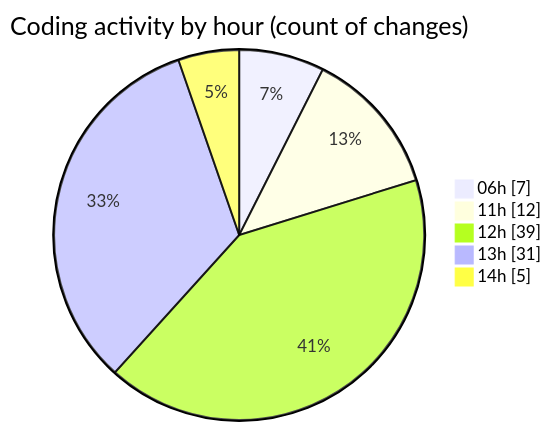
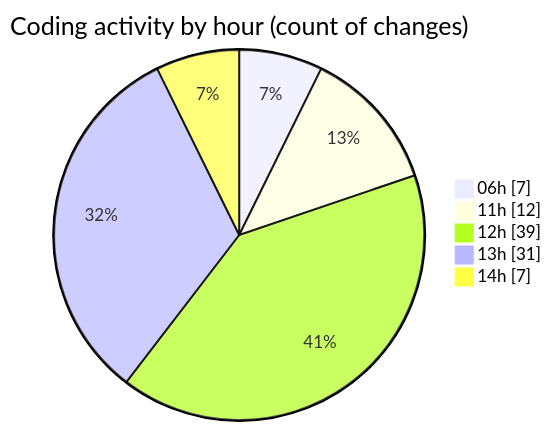
The second of 2 diagrams in 2025-07-14/ribbon/README.md (EIIisD/code-tracking), drawn with Mermaid before and after one commit. The commit also changed other lines of this file and 1 other file, not shown here.

````diff
--- a/2025-07-14/ribbon/README.md
+++ b/2025-07-14/ribbon/README.md
@@ -60,9 +60,9 @@
 ```mermaid
 pie showData
 title Coding activity by hour (count of changes)
 "06h" : 7
 "11h" : 12
 "12h" : 39
 "13h" : 31
-"14h" : 5
+"14h" : 7
 ```
````
